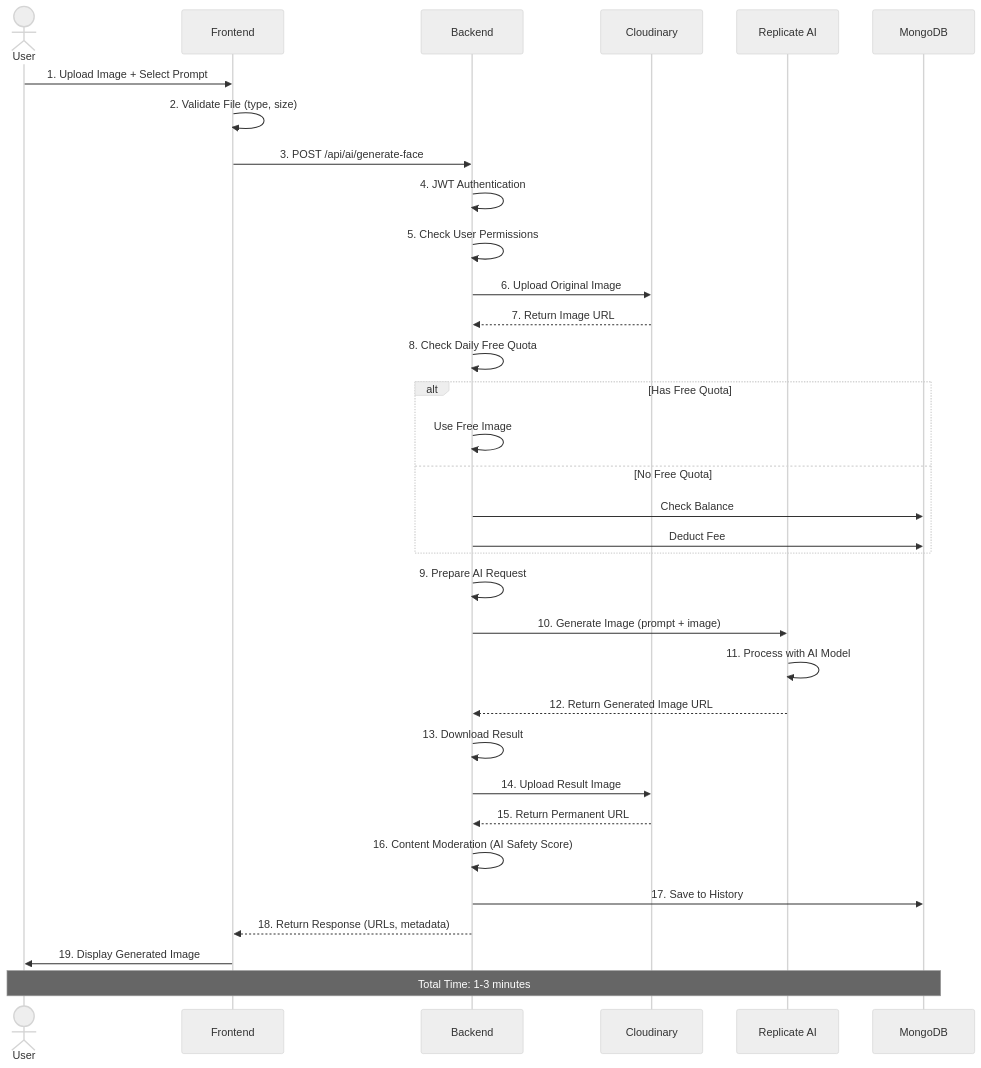
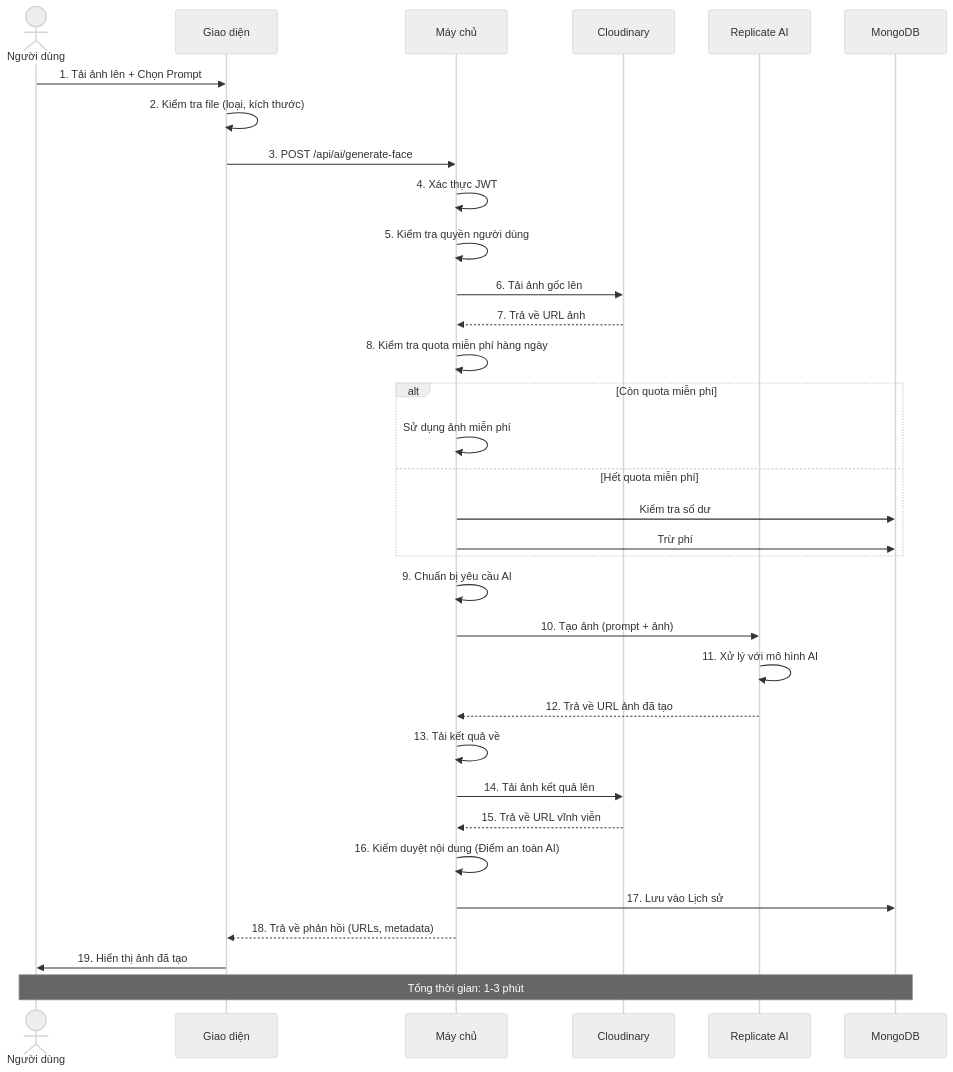
The second of 8 diagrams in DIAGRAMS.md (Son1BeYew/AIStudio), drawn with Mermaid (neutral theme) before and after one commit. The commit also changed other lines of this file, not shown here.

````diff
--- a/DIAGRAMS.md
+++ b/DIAGRAMS.md
@@ -78,45 +78,45 @@
 ```mermaid
 sequenceDiagram
-    actor User
-    participant Frontend
-    participant Backend
+    actor NguoiDung as Người dùng
+    participant GiaoDien as Giao diện
+    participant Maychu as Máy chủ
     participant Cloudinary
     participant AI as Replicate AI
     participant DB as MongoDB
     
-    User->>Frontend: 1. Upload Image + Select Prompt
-    Frontend->>Frontend: 2. Validate File (type, size)
-    Frontend->>Backend: 3. POST /api/ai/generate-face
+    NguoiDung->>GiaoDien: 1. Tải ảnh lên + Chọn Prompt
+    GiaoDien->>GiaoDien: 2. Kiểm tra file (loại, kích thước)
+    GiaoDien->>Maychu: 3. POST /api/ai/generate-face
     
-    Backend->>Backend: 4. JWT Authentication
-    Backend->>Backend: 5. Check User Permissions
-    Backend->>Cloudinary: 6. Upload Original Image
-    Cloudinary-->>Backend: 7. Return Image URL
+    Maychu->>Maychu: 4. Xác thực JWT
+    Maychu->>Maychu: 5. Kiểm tra quyền người dùng
+    Maychu->>Cloudinary: 6. Tải ảnh gốc lên
+    Cloudinary-->>Maychu: 7. Trả về URL ảnh
     
-    Backend->>Backend: 8. Check Daily Free Quota
+    Maychu->>Maychu: 8. Kiểm tra quota miễn phí hàng ngày
     
-    alt Has Free Quota
-        Backend->>Backend: Use Free Image
-    else No Free Quota
-        Backend->>DB: Check Balance
-        Backend->>DB: Deduct Fee
+    alt Còn quota miễn phí
+        Maychu->>Maychu: Sử dụng ảnh miễn phí
+    else Hết quota miễn phí
+        Maychu->>DB: Kiểm tra số dư
+        Maychu->>DB: Trừ phí
     end
     
-    Backend->>Backend: 9. Prepare AI Request
-    Backend->>AI: 10. Generate Image (prompt + image)
+    Maychu->>Maychu: 9. Chuẩn bị yêu cầu AI
+    Maychu->>AI: 10. Tạo ảnh (prompt + ảnh)
     
-    AI->>AI: 11. Process with AI Model
-    AI-->>Backend: 12. Return Generated Image URL
+    AI->>AI: 11. Xử lý với mô hình AI
+    AI-->>Maychu: 12. Trả về URL ảnh đã tạo
     
-    Backend->>Backend: 13. Download Result
-    Backend->>Cloudinary: 14. Upload Result Image
-    Cloudinary-->>Backend: 15. Return Permanent URL
+    Maychu->>Maychu: 13. Tải kết quả về
+    Maychu->>Cloudinary: 14. Tải ảnh kết quả lên
+    Cloudinary-->>Maychu: 15. Trả về URL vĩnh viễn
     
-    Backend->>Backend: 16. Content Moderation (AI Safety Score)
-    Backend->>DB: 17. Save to History
+    Maychu->>Maychu: 16. Kiểm duyệt nội dung (Điểm an toàn AI)
+    Maychu->>DB: 17. Lưu vào Lịch sử
     
-    Backend-->>Frontend: 18. Return Response (URLs, metadata)
-    Frontend->>User: 19. Display Generated Image
+    Maychu-->>GiaoDien: 18. Trả về phản hồi (URLs, metadata)
+    GiaoDien->>NguoiDung: 19. Hiển thị ảnh đã tạo
     
-    Note over User,DB: Total Time: 1-3 minutes
+    Note over NguoiDung,DB: Tổng thời gian: 1-3 phút
 ```
````
